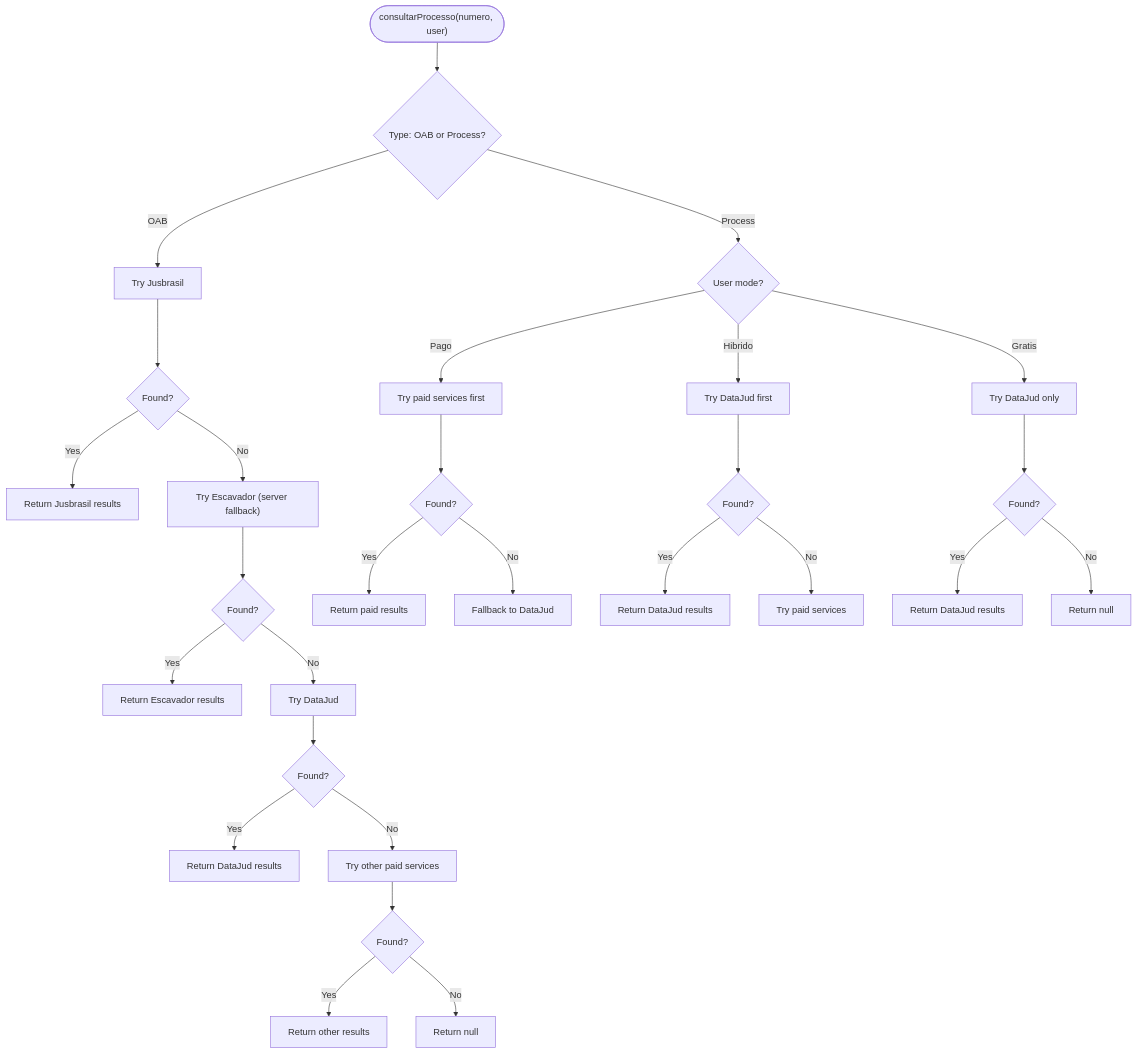
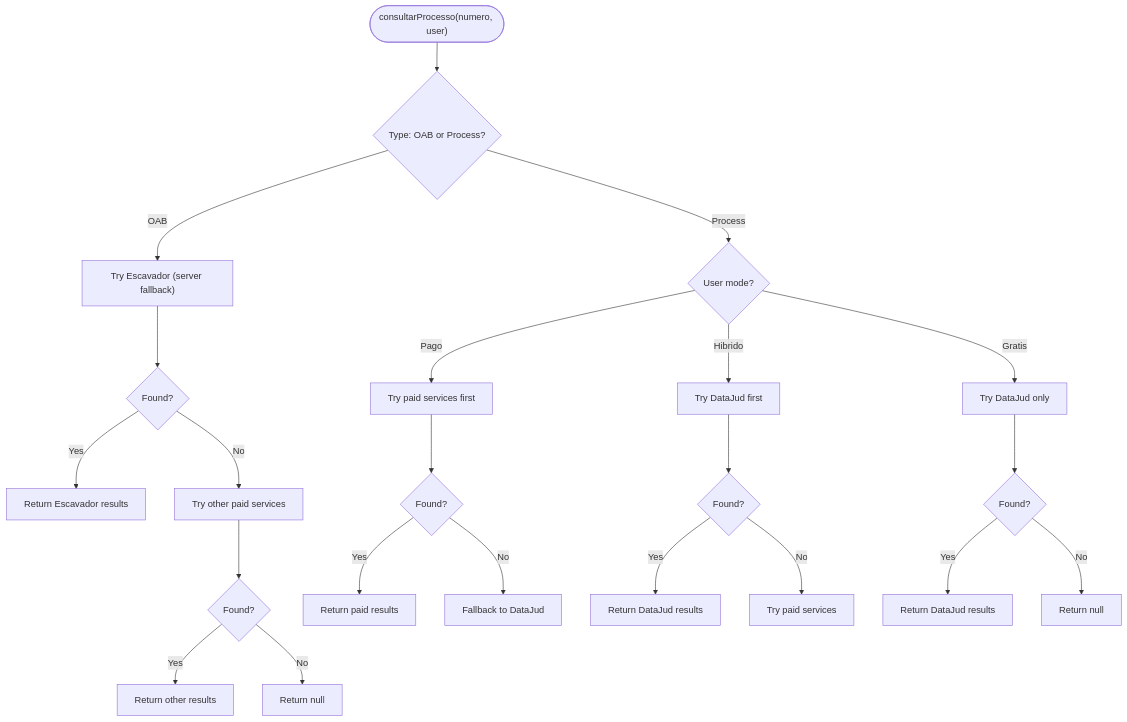
One commit to Alexandrexicara/bot-processos changed the seventh of 11 diagrams in .qoder/repowiki/en/content/Telegram Bot Integration/Telegram Bot Integration.md. Above: the diagram before and after it, drawn with Mermaid. The commit also changed other lines of this file and 6 other files, not shown here.

````diff
--- a/.qoder/repowiki/en/content/Telegram Bot Integration/Telegram Bot Integration.md
+++ b/.qoder/repowiki/en/content/Telegram Bot Integration/Telegram Bot Integration.md
@@ -313,30 +331,24 @@
 ```mermaid
 flowchart TD
 Start(["consultarProcesso(numero, user)"]) --> CheckType{"Type: OAB or Process?"}
-CheckType --> |OAB| TryJB["Try Jusbrasil"]
-TryJB --> JBFound{"Found?"}
-JBFound --> |Yes| ReturnJB["Return Jusbrasil results"]
-JBFound --> |No| TryES["Try Escavador (server fallback)"]
+CheckType --> |OAB| TryES["Try Escavador (server fallback)"]
 TryES --> ESFound{"Found?"}
 ESFound --> |Yes| ReturnES["Return Escavador results"]
-ESFound --> |No| TryDJ["Try DataJud"]
-TryDJ --> DJFound{"Found?"}
-DJFound --> |Yes| ReturnDJ["Return DataJud results"]
-DJFound --> |No| TryOther["Try other paid services"]
+ESFound --> |No| TryOther["Try other paid services"]
 TryOther --> OtherFound{"Found?"}
 OtherFound --> |Yes| ReturnOther["Return other results"]
 OtherFound --> |No| ReturnNull["Return null"]
 CheckType --> |Process| CheckMode{"User mode?"}
 CheckMode --> |Pago| TryPaid["Try paid services first"]
 CheckMode --> |Hibrido| TryDJ2["Try DataJud first"]
 CheckMode --> |Gratis| TryDJ3["Try DataJud only"]
 TryPaid --> PaidFound{"Found?"}
 PaidFound --> |Yes| ReturnPaid["Return paid results"]
 PaidFound --> |No| TryDJ4["Fallback to DataJud"]
 TryDJ2 --> DJFound2{"Found?"}
 DJFound2 --> |Yes| ReturnDJ2["Return DataJud results"]
 DJFound2 --> |No| TryPaid2["Try paid services"]
 TryDJ3 --> DJFound3{"Found?"}
 DJFound3 --> |Yes| ReturnDJ3["Return DataJud results"]
 DJFound3 --> |No| ReturnNull2["Return null"]
 ```
````
